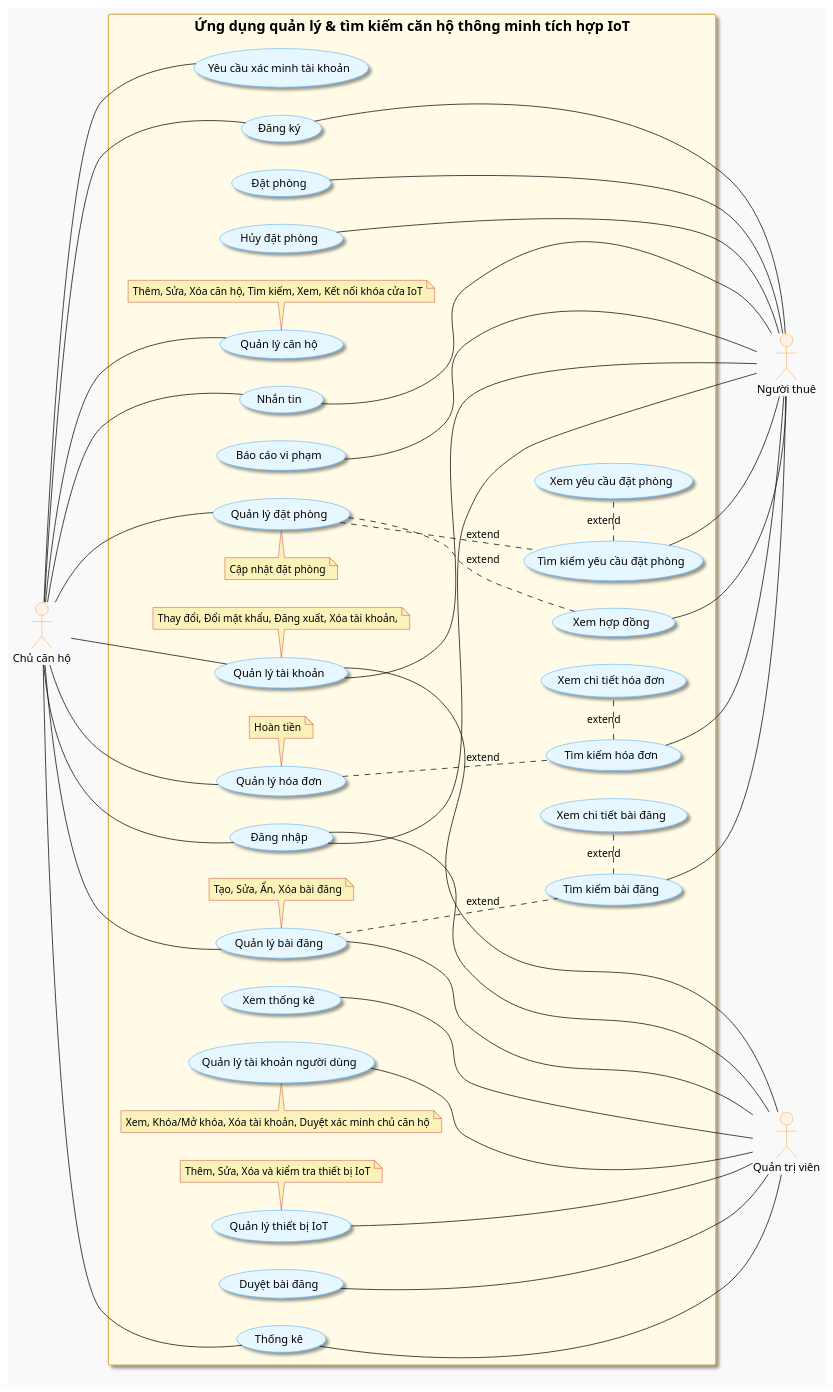
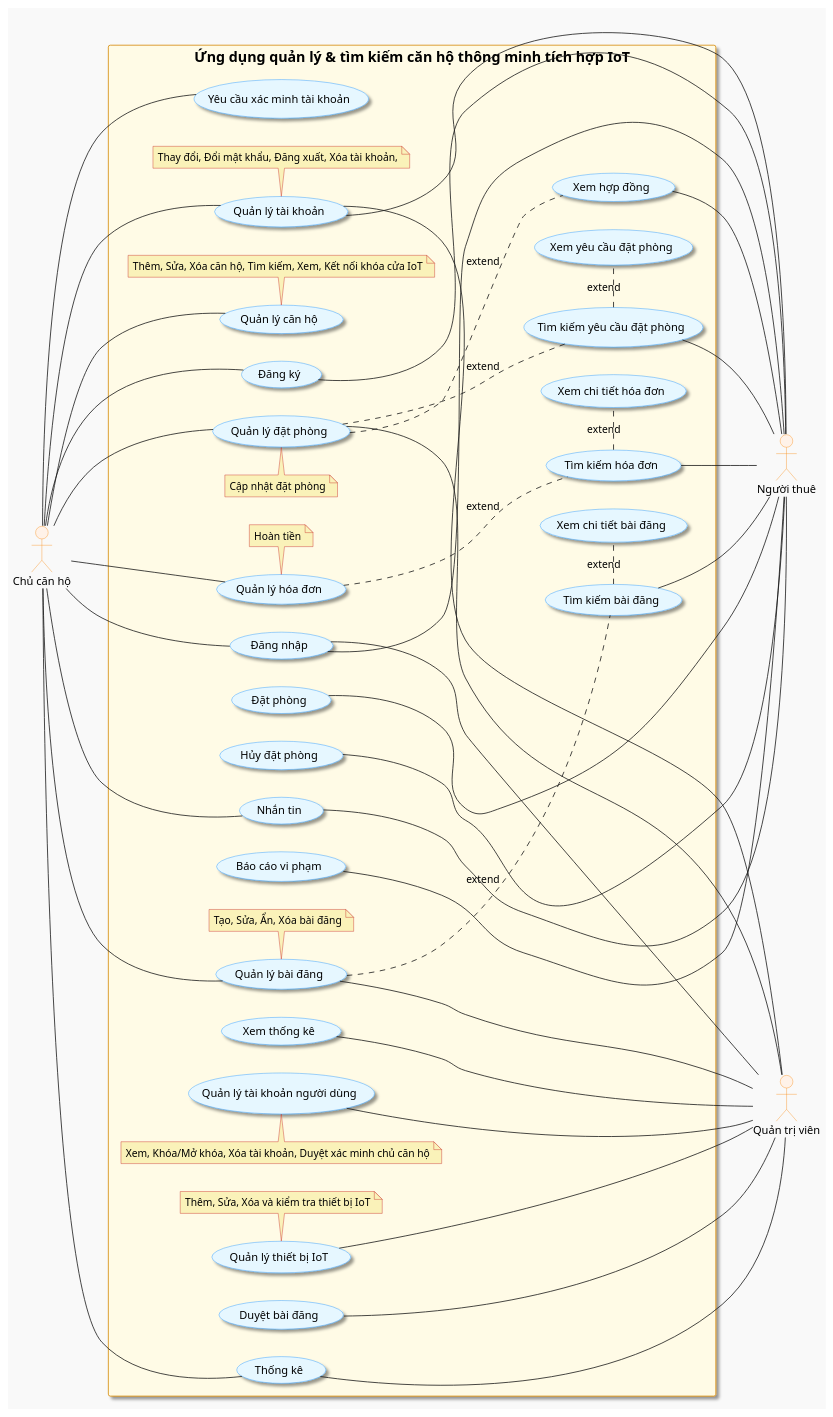
The diagram in diagrams/usecase.puml (nho-moi-so/quan-ly-tim-kiem-phong-tro), drawn with PlantUML before and after one commit. The commit also changed 7 other files, not shown here.

```diff
--- a/diagrams/usecase.puml
+++ b/diagrams/usecase.puml
@@ -2,144 +2,145 @@
 @startuml usecase-diagram
 skinparam shadowing false
 skinparam backgroundColor #f9f9f9
 skinparam usecase {
     BackgroundColor #e6f7ff
     BorderColor #1890ff
     FontColor #000000
     FontSize 14
     Shadowing true
 }
 skinparam actor {
     BackgroundColor #fff2e8
     BorderColor #fa8c16
     FontColor #000000
     FontSize 14
 }
 skinparam rectangle {
     BackgroundColor #fffbe6
     BorderColor #d48806
     FontColor #000000
     FontSize 18
     Shadowing true
 }
 skinparam note{
     BackgroundColor #faf2b9
     BorderColor #c51c1c
 }
 left to right direction
 
 actor "Quản trị viên" as Admin
 actor "Người thuê" as Guest
 actor "Chủ căn hộ" as Owner
 
 rectangle "Ứng dụng quản lý & tìm kiếm căn hộ thông minh tích hợp IoT"{
 ' Các chức năng của Chủ căn hộ
 ' usecase "Đăng xuất" as logout
 usecase "Đăng nhập" as login
 usecase "Đăng ký" as register
 usecase "Quản lý tài khoản" as manage_account
 note bottom of manage_account: Thay đổi, Đổi mật khẩu, Đăng xuất, Xóa tài khoản,
 usecase "Yêu cầu xác minh tài khoản" as request_owner_verification
 
 usecase "Quản lý căn hộ" as manage_apartment
 note bottom of manage_apartment: Thêm, Sửa, Xóa căn hộ, Tìm kiếm, Xem, Kết nối khóa cửa IoT
 ' usecase "Kết nối khóa cửa IoT" as connect_iot_lock
 ' manage_apartment .. connect_iot_lock: extend
 
 usecase "Quản lý đặt phòng" as manage_booking
 note top of manage_booking: Cập nhật đặt phòng
 usecase "Xem hợp đồng" as view_booking_contract
 manage_booking .. view_booking_contract: extend
 usecase "Quản lý hóa đơn" as manage_invoice
 note bottom of manage_invoice: Hoàn tiền
 usecase "Quản lý bài đăng" as manage_post
 note bottom of manage_post: Tạo, Sửa, Ẩn, Xóa bài đăng
 usecase "Nhắn tin" as messaging
 usecase "Thống kê" as statistics
 
 ' Các chức năng của Người thuê
 ' usecase "Quản lý tài khoản" as manage_account
 ' usecase "Đăng xuất" as logout
 ' usecase "Đăng nhập" as login
 ' usecase "Đăng ký" as register
 ' usecase "Tìm kiếm căn hộ" as search_apartment
 ' usecase "Xem chi tiết căn hộ" as view_apartment_details
 ' manage_apartment .. search_apartment: extend
 ' search_apartment . view_apartment_details: extend
 
 usecase "Đặt phòng" as book_apartment
 usecase "Hủy đặt phòng" as cancel_booking
 
 usecase "Tìm kiếm yêu cầu đặt phòng" as search_booking
 manage_booking .. search_booking: extend
 usecase "Xem yêu cầu đặt phòng" as view_booking_requests
 search_booking . view_booking_requests: extend
 
 
 usecase "Tìm kiếm hóa đơn" as search_invoices
 manage_invoice .. search_invoices: extend
 usecase "Xem chi tiết hóa đơn" as view_invoice_details
 search_invoices . view_invoice_details: extend
 usecase "Tìm kiếm bài đăng" as search_posts
 manage_post .. search_posts: extend
 usecase "Xem chi tiết bài đăng" as view_post_details
 search_posts . view_post_details: extend
 ' usecase "Nhắn tin" as messaging
 
 usecase "Báo cáo vi phạm" as report_violation
 
 ' Các chức năng của Quản trị viên
 usecase "Quản lý tài khoản người dùng" as manage_user_accounts
 note top of manage_user_accounts: Xem, Khóa/Mở khóa, Xóa tài khoản, Duyệt xác minh chủ căn hộ
 ' usecase "Đăng xuất" as logout
 ' usecase "Đăng nhập" as login
 ' usecase "Đổi mật khẩu" as change_password
 ' manage_account .. change_password: extend
 'usecase "Quản lý bài đăng" as manage_post
 usecase "Duyệt bài đăng" as approve_posts
 ' usecase "Thống kê" as statistics
 usecase "Xem thống kê" as view_statistics
 usecase "Quản lý thiết bị IoT" as manage_iot_devices
 note bottom of manage_iot_devices: Thêm, Sửa, Xóa và kiểm tra thiết bị IoT
 
 ' nối các usecase
 'Chủ căn hộ
 (Owner) -- (login)
 (Owner) -- (register)
 (Owner) -- (manage_account)
 (request_owner_verification) - (Owner)
 (Owner) -- (manage_apartment)
 (Owner) -- (manage_booking)
 (Owner) -- (manage_invoice)
 (Owner) -- (manage_post)
 (Owner) -- (messaging)
 (Owner) -- (statistics)
 
 
 'Người thuê
 (register) - (Guest)
 (login) - (Guest)
 (manage_account) -- (Guest)
 (search_posts) -- (Guest)
 (book_apartment) - (Guest)
 (cancel_booking) - (Guest)
 (search_booking) -- (Guest)
 (search_invoices) -- (Guest)
 (view_booking_contract) -- (Guest)
 (messaging) - (Guest)
 (report_violation) - (Guest)
 
 'Quản trị viên
 (login) --- (Admin)
 (manage_user_accounts) - (Admin)
 (manage_account) -- (Admin)
 (manage_post) -- (Admin)
 (approve_posts) - (Admin)
 ' (change_password) -- (Admin)
 (statistics) - (Admin)
 (view_statistics) -- (Admin)
 (manage_iot_devices) - (Admin)
+(manage_booking) -- (Admin)
 
 
 }
 @enduml
```
